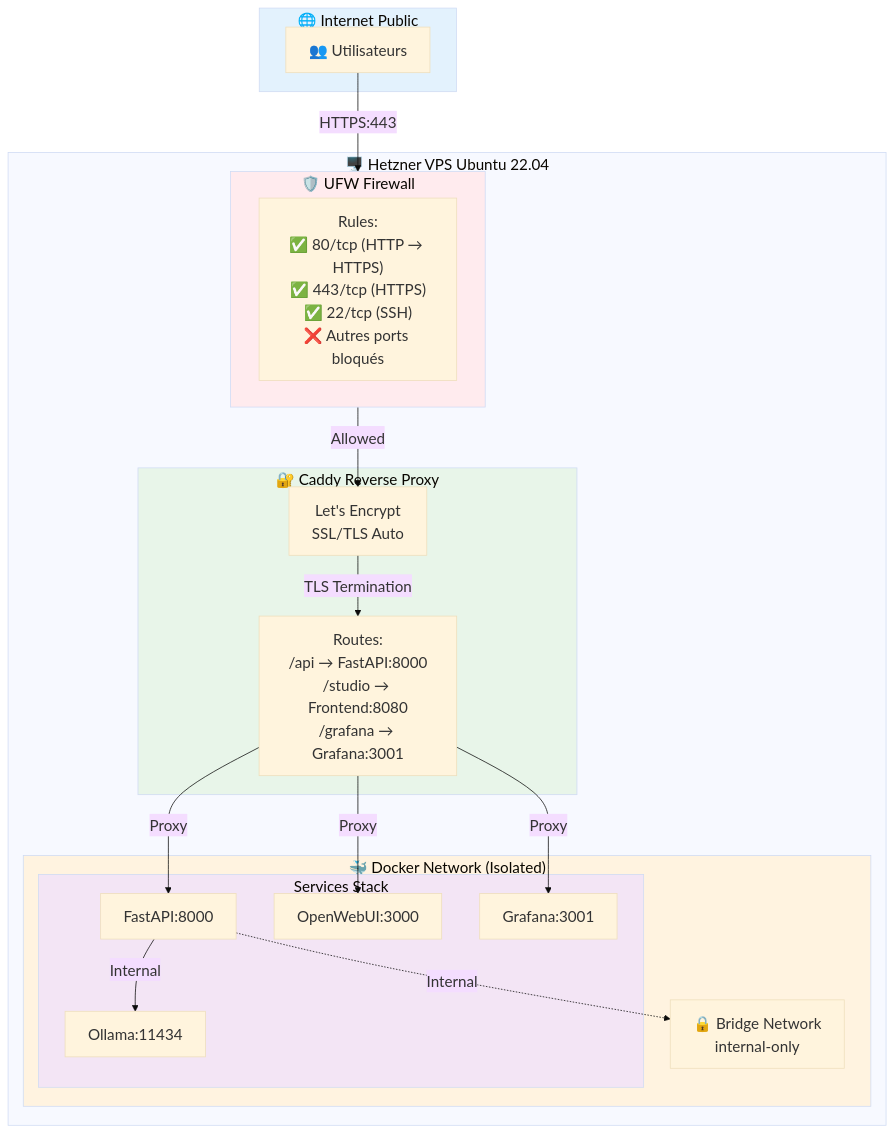
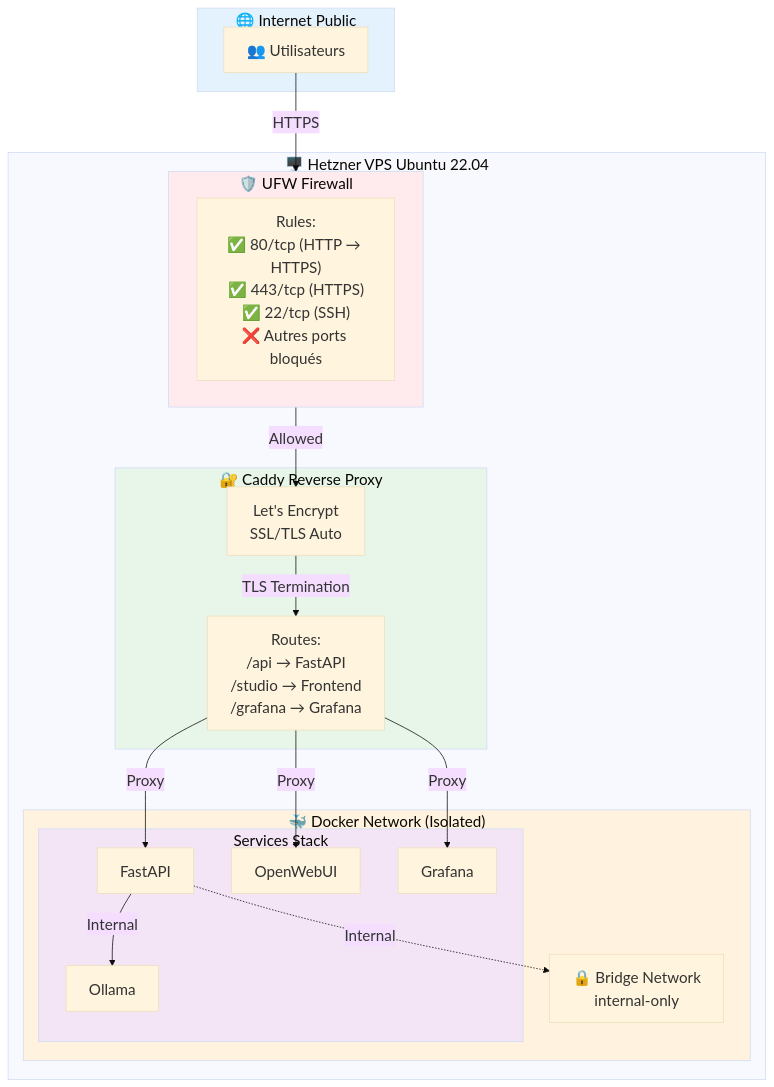
Before and after one commit to stepstev/oceanphenix-IA-souveraine-v10_2026_DOCS: the fifth of 8 diagrams in docs/DIAGRAMS_MERMAID.md, drawn with Mermaid. The commit also changed other lines of this file and 3 other files, not shown here.

Commit message:
Security: Remove port references and generalize architecture documentation

````diff
--- a/docs/DIAGRAMS_MERMAID.md
+++ b/docs/DIAGRAMS_MERMAID.md
@@ -284,46 +284,46 @@
 ```mermaid
 %%{init: {'theme':'base', 'themeVariables': {'fontSize':'20px'}}}%%
 graph TB
     subgraph Internet["🌐 Internet Public"]
         USERS[👥 Utilisateurs]
     end
     
     subgraph Hetzner["🖥️ Hetzner VPS Ubuntu 22.04"]
         subgraph FW["🛡️ UFW Firewall"]
             RULES["Rules:<br/>✅ 80/tcp (HTTP → HTTPS)<br/>✅ 443/tcp (HTTPS)<br/>✅ 22/tcp (SSH)<br/>❌ Autres ports bloqués"]
         end
         
         subgraph Caddy["🔐 Caddy Reverse Proxy"]
             SSL["Let's Encrypt<br/>SSL/TLS Auto"]
-            ROUTES["Routes:<br/>/api → FastAPI:8000<br/>/studio → Frontend:8080<br/>/grafana → Grafana:3001"]
+            ROUTES["Routes:<br/>/api → FastAPI<br/>/studio → Frontend<br/>/grafana → Grafana"]
         end
         
         subgraph Docker["🐳 Docker Network (Isolated)"]
             subgraph Services["Services Stack"]
-                API[FastAPI:8000]
-                WEB[OpenWebUI:3000]
-                GRAF[Grafana:3001]
-                OLLAMA[Ollama:11434]
+                API[FastAPI]
+                WEB[OpenWebUI]
+                GRAF[Grafana]
+                OLLAMA[Ollama]
             end
             
             NETWORK["🔒 Bridge Network<br/>internal-only"]
         end
     end
     
-    USERS -->|HTTPS:443| FW
+    USERS -->|HTTPS| FW
     FW -->|Allowed| SSL
     SSL -->|TLS Termination| ROUTES
     
     ROUTES -->|Proxy| API
     ROUTES -->|Proxy| WEB
     ROUTES -->|Proxy| GRAF
     
     API -->|Internal| OLLAMA
     API -.->|Internal| NETWORK
     
     style Internet fill:#e3f2fd
     style FW fill:#ffebee
     style Caddy fill:#e8f5e9
     style Docker fill:#fff3e0
     style Services fill:#f3e5f5
 ```
````
